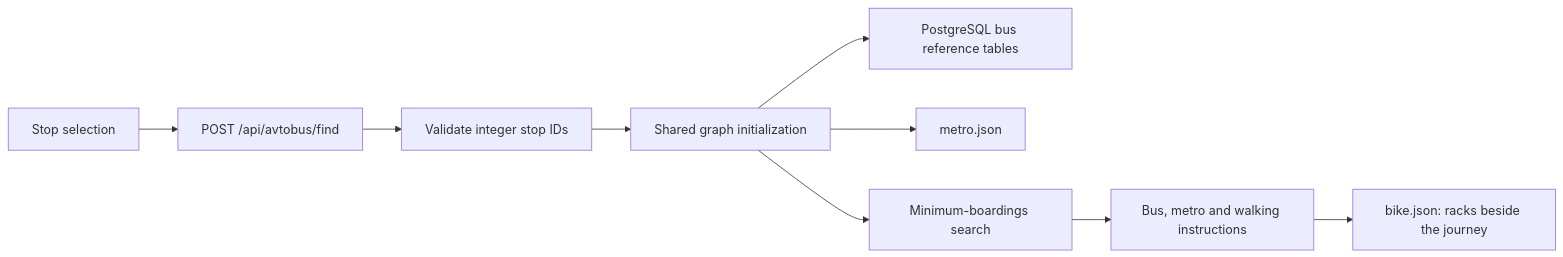
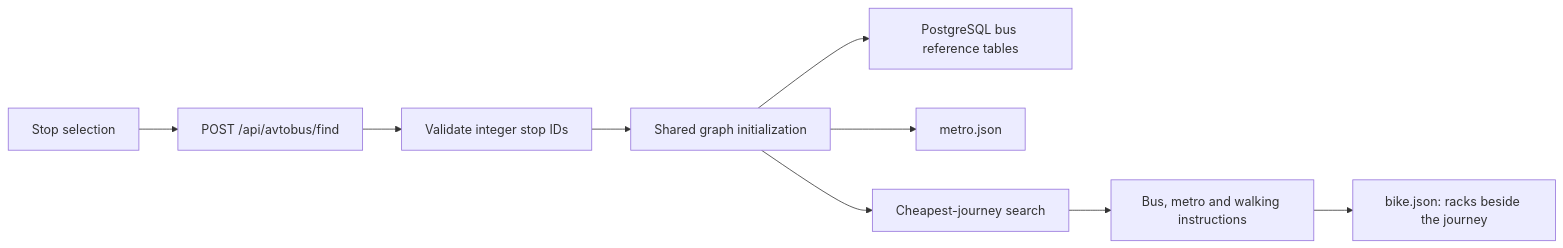
The diagram in earlier/jobloom/birjob/docs/bus-routing.md (ismatsamadov/line), drawn with Mermaid before and after one commit. The commit also changed other lines of this file and 6 other files, not shown here.

````diff
--- a/earlier/jobloom/birjob/docs/bus-routing.md
+++ b/earlier/jobloom/birjob/docs/bus-routing.md
@@ -10,11 +10,11 @@
 ```mermaid
 flowchart LR
   A[Stop selection] --> B[POST /api/avtobus/find]
   B --> C[Validate integer stop IDs]
   C --> D[Shared graph initialization]
   D --> E[PostgreSQL bus reference tables]
   D --> M[metro.json]
-  D --> F[Minimum-boardings search]
+  D --> F[Cheapest-journey search]
   F --> G[Bus, metro and walking instructions]
   G --> K[bike.json: racks beside the journey]
 ```
````
